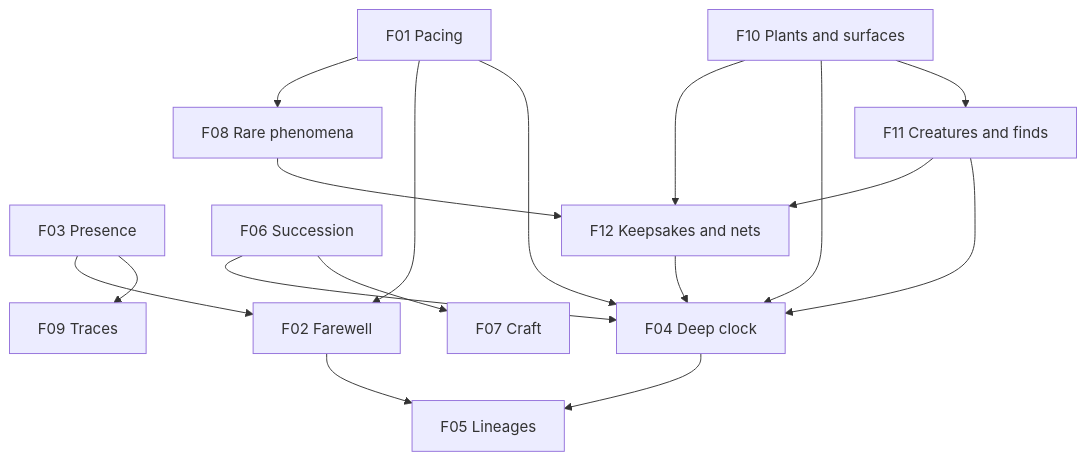
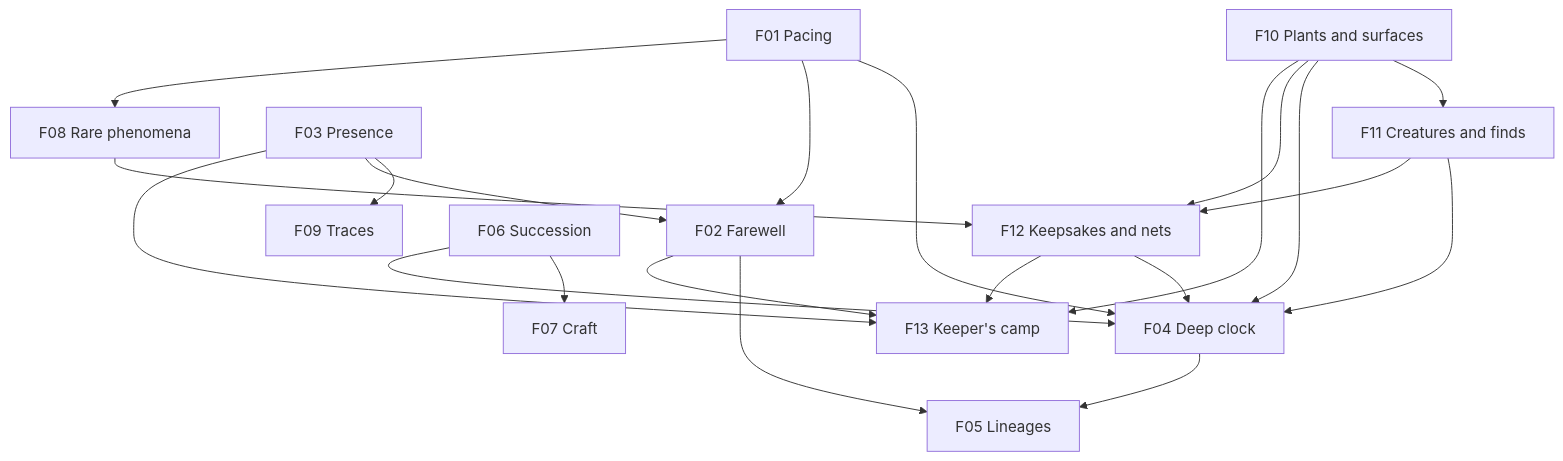
One commit to mshomper/ebb changed the diagram in docs/future/README.md. Above: the diagram before and after it, drawn with Mermaid. The commit also changed other lines of this file and 16 other files, not shown here.

First line of the commit message:
Docs: the keeper's camp (F13) filed; the first evening is the current target

````diff
--- a/docs/future/README.md
+++ b/docs/future/README.md
@@ -33,19 +34,23 @@
 ```mermaid
 flowchart TB
   F01[F01 Pacing] --> F04[F04 Deep clock]
   F01 --> F02[F02 Farewell]
   F01 --> F08[F08 Rare phenomena]
   F04 --> F05[F05 Lineages]
   F02 --> F05
   F03[F03 Presence] --> F09[F09 Traces]
   F03 --> F02
   F06[F06 Succession] --> F07[F07 Craft]
   F06 --> F04
   F10[F10 Plants and surfaces] --> F11[F11 Creatures and finds]
   F10 --> F04
   F11 --> F04
   F10 --> F12[F12 Keepsakes and nets]
   F11 --> F12
   F08 --> F12
   F12 --> F04
+  F03 --> F13[F13 Keeper's camp]
+  F02 --> F13
+  F10 --> F13
+  F12 --> F13
 ```
````
